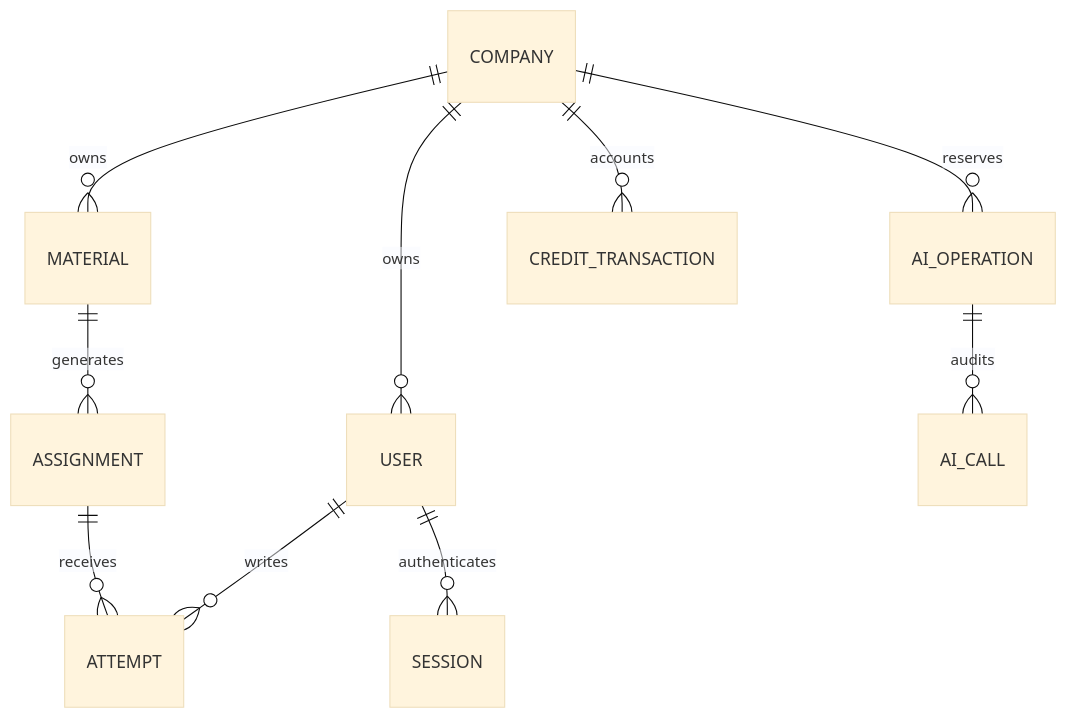
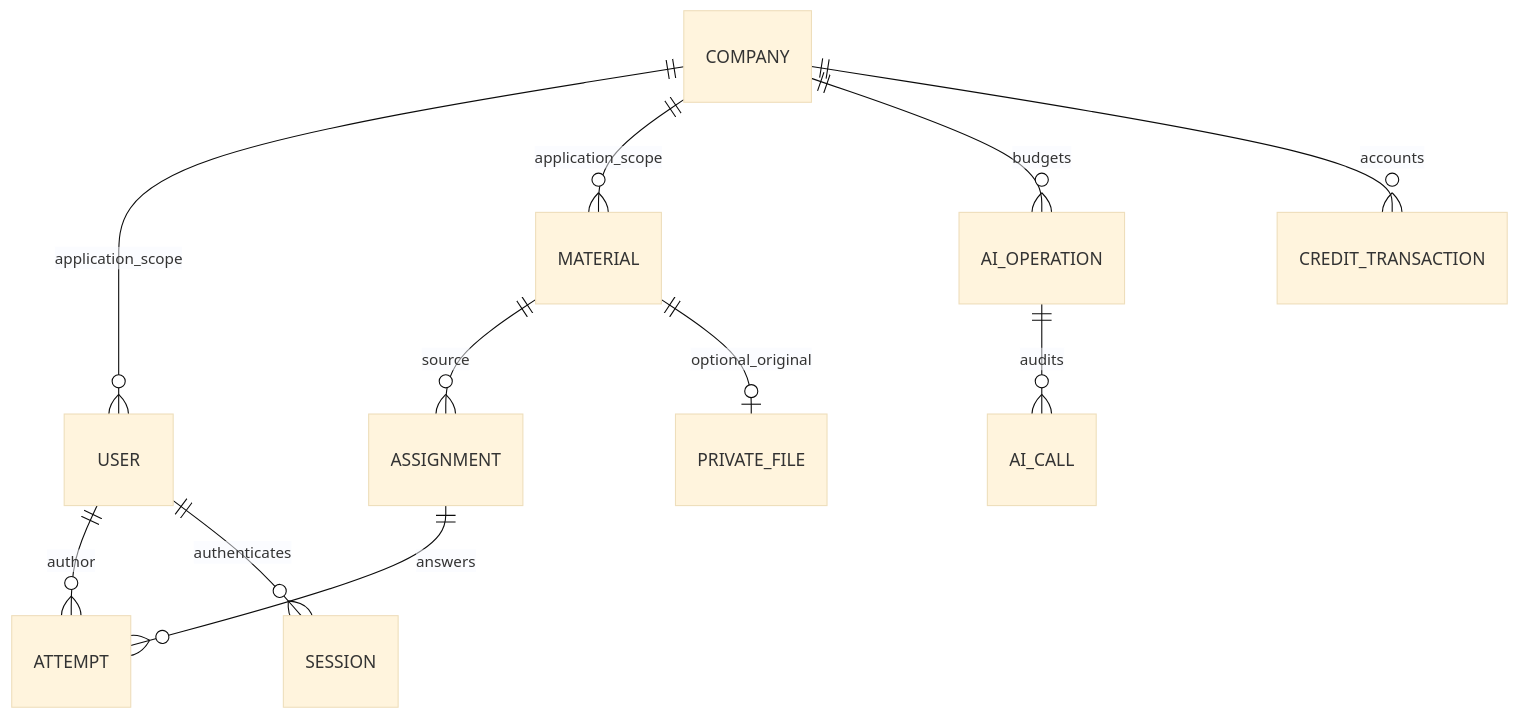
The second of 2 diagrams in docs/architecture.md (Oksnard/praktikum), drawn with Mermaid (base theme) before and after one commit. The commit also changed other lines of this file and 99 other files, not shown here.

````diff
--- a/docs/architecture.md
+++ b/docs/architecture.md
@@ -29,12 +35,13 @@
 ```mermaid
 erDiagram
- COMPANY ||--o{ USER : owns
- COMPANY ||--o{ MATERIAL : owns
- MATERIAL ||--o{ ASSIGNMENT : generates
- ASSIGNMENT ||--o{ ATTEMPT : receives
- USER ||--o{ ATTEMPT : writes
+ COMPANY ||--o{ USER : application_scope
+ COMPANY ||--o{ MATERIAL : application_scope
+ MATERIAL ||--o{ ASSIGNMENT : source
+ ASSIGNMENT ||--o{ ATTEMPT : answers
+ USER ||--o{ ATTEMPT : author
  USER ||--o{ SESSION : authenticates
- COMPANY ||--o{ AI_OPERATION : reserves
+ COMPANY ||--o{ AI_OPERATION : budgets
  AI_OPERATION ||--o{ AI_CALL : audits
  COMPANY ||--o{ CREDIT_TRANSACTION : accounts
+ MATERIAL ||--o| PRIVATE_FILE : optional_original
 ```
````
